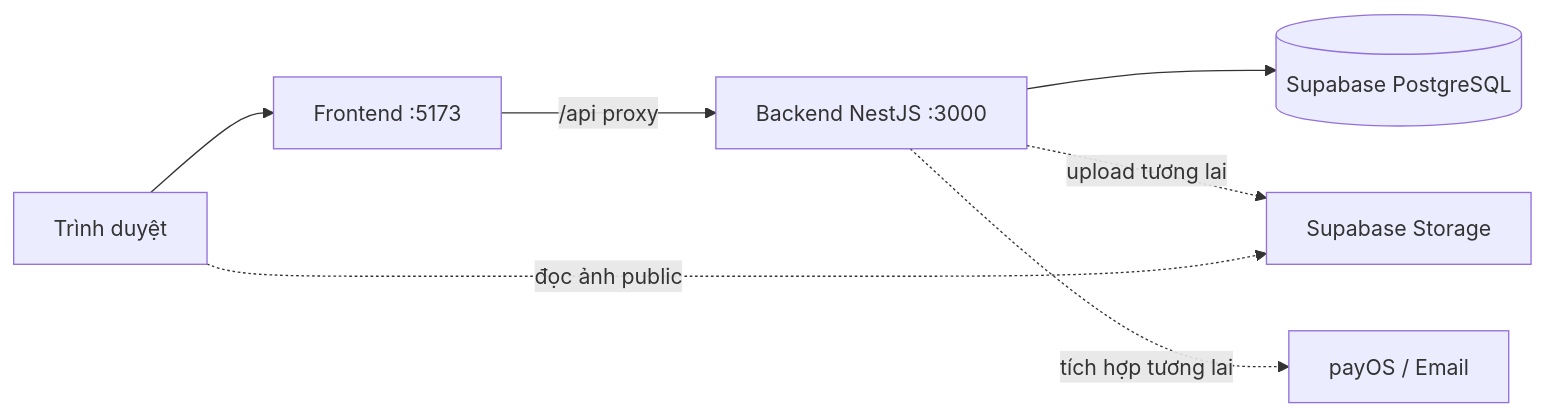
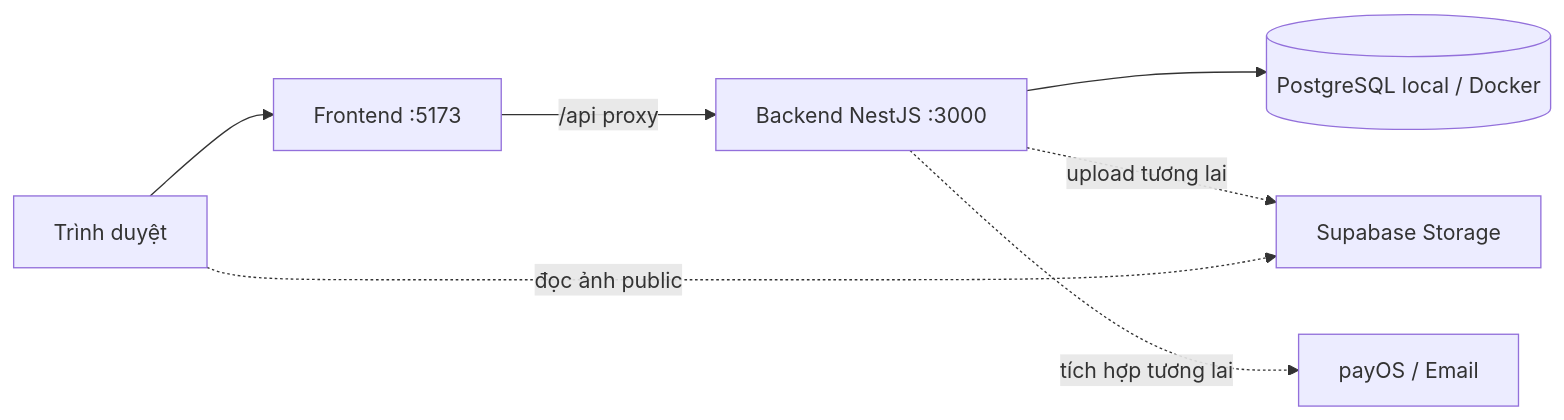
Before and after one commit to icurff/Nexora: the diagram in docs/Folder-ARCHITECTURE.md, drawn with Mermaid. The commit also changed other lines of this file and 40 other files, not shown here.

````diff
--- a/docs/Folder-ARCHITECTURE.md
+++ b/docs/Folder-ARCHITECTURE.md
@@ -80,9 +82,9 @@
 ```mermaid
 flowchart LR
     Browser[Trình duyệt] --> Frontend[Frontend :5173]
     Frontend -->|/api proxy| Backend[Backend NestJS :3000]
-    Backend --> Postgres[(Supabase PostgreSQL)]
+    Backend --> Postgres[(PostgreSQL local / Docker)]
     Backend -. upload tương lai .-> Storage[Supabase Storage]
     Browser -. đọc ảnh public .-> Storage
     Backend -. tích hợp tương lai .-> Providers[payOS / Email]
 ```
````
